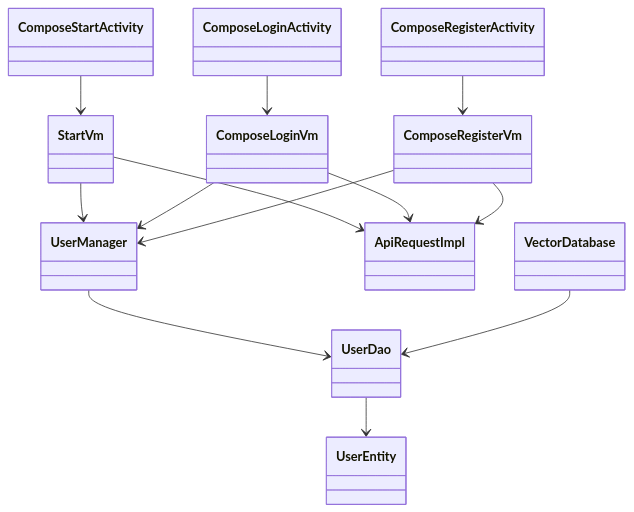
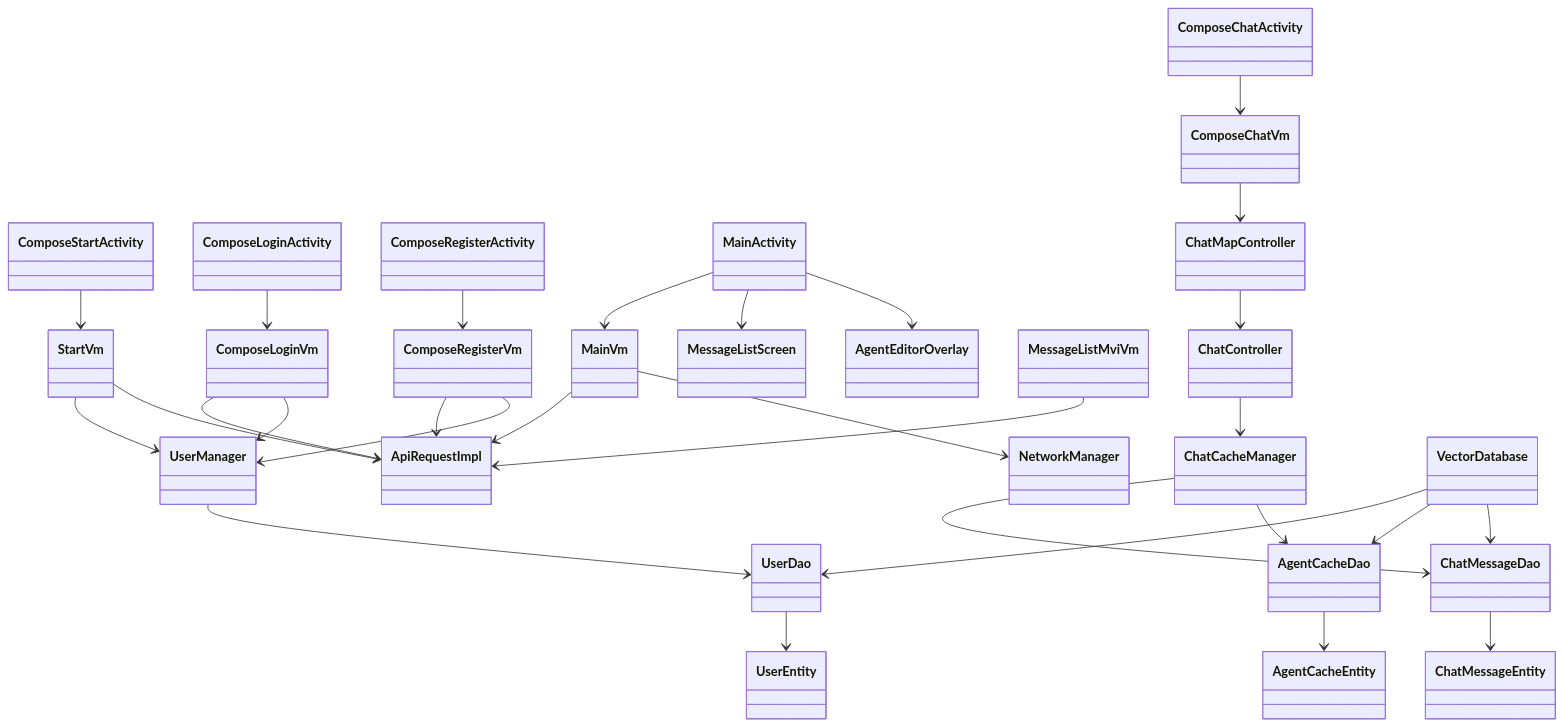
Before and after one commit to nangong918/magic-vector: the first of 32 diagrams in app/android/docs/AndroidDesignDocument.md, drawn with Mermaid. The commit also changed other lines of this file and 3 other files, not shown here.

````diff
--- a/app/android/docs/AndroidDesignDocument.md
+++ b/app/android/docs/AndroidDesignDocument.md
@@ -24,29 +26,60 @@
 ```mermaid
 classDiagram
     class ComposeStartActivity
     class ComposeLoginActivity
     class ComposeRegisterActivity
+    class MainActivity
+    class ComposeChatActivity
+    class MessageListScreen
+    class AgentEditorOverlay
     class StartVm
     class ComposeLoginVm
     class ComposeRegisterVm
+    class MainVm
+    class MessageListMviVm
+    class ComposeChatVm
     class UserManager
+    class ChatMapController
+    class ChatController
+    class ChatCacheManager
+    class NetworkManager
     class ApiRequestImpl
     class VectorDatabase
     class UserDao
+    class AgentCacheDao
+    class ChatMessageDao
     class UserEntity
+    class AgentCacheEntity
+    class ChatMessageEntity
 
     ComposeStartActivity --> StartVm
     ComposeLoginActivity --> ComposeLoginVm
     ComposeRegisterActivity --> ComposeRegisterVm
+    MainActivity --> MainVm
+    MainActivity --> MessageListScreen
+    MainActivity --> AgentEditorOverlay
+    ComposeChatActivity --> ComposeChatVm
 
     StartVm --> UserManager
     StartVm --> ApiRequestImpl
     ComposeLoginVm --> ApiRequestImpl
     ComposeLoginVm --> UserManager
     ComposeRegisterVm --> ApiRequestImpl
     ComposeRegisterVm --> UserManager
+    MainVm --> ApiRequestImpl
+    MainVm --> NetworkManager
+    MessageListMviVm --> ApiRequestImpl
+    ComposeChatVm --> ChatMapController
 
     UserManager --> UserDao
+    ChatMapController --> ChatController
+    ChatController --> ChatCacheManager
+    ChatCacheManager --> ChatMessageDao
+    ChatCacheManager --> AgentCacheDao
     VectorDatabase --> UserDao
+    VectorDatabase --> AgentCacheDao
+    VectorDatabase --> ChatMessageDao
     UserDao --> UserEntity
+    AgentCacheDao --> AgentCacheEntity
+    ChatMessageDao --> ChatMessageEntity
 ```
````
